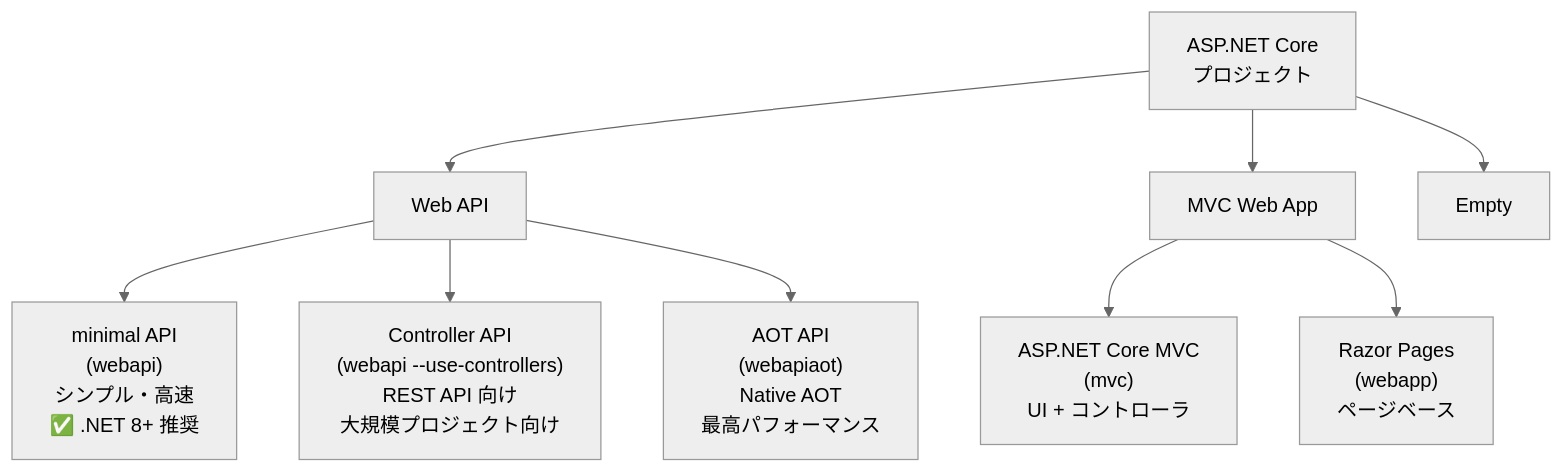
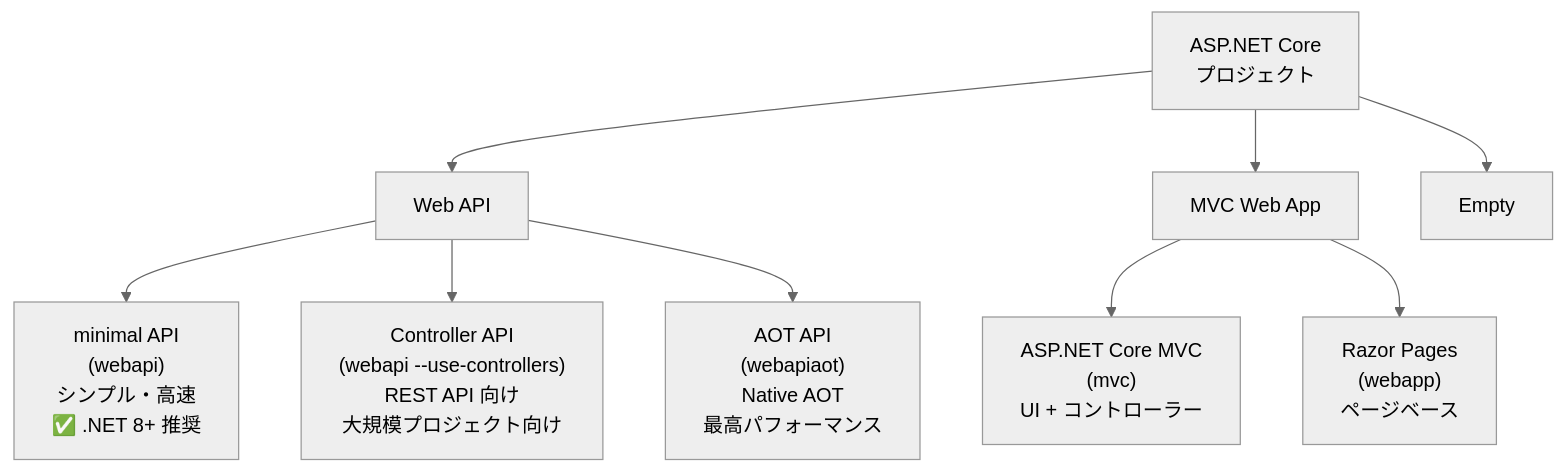
Diagram 12 of 14 in docs/01-setup-dev-env.md (microsoft/aspnetcore-ja-handbook), drawn with Mermaid (neutral theme) before and after one commit. The commit also changed other lines of this file and 5 other files, not shown here.

````diff
--- a/docs/01-setup-dev-env.md
+++ b/docs/01-setup-dev-env.md
@@ -528,13 +528,13 @@
 ```mermaid
 graph TD
     ASP["ASP.NET Core\nプロジェクト"] --> Web_API["Web API"]
     ASP --> MVC["MVC Web App"]
     ASP --> Empty["Empty"]
 
     Web_API --> MinimalAPI["minimal API\n(webapi)\nシンプル・高速\n✅ .NET 8+ 推奨"]
     Web_API --> ControllerAPI["Controller API\n(webapi --use-controllers)\nREST API 向け\n大規模プロジェクト向け"]
     Web_API --> AOT["AOT API\n(webapiaot)\nNative AOT\n最高パフォーマンス"]
 
-    MVC --> MVCApp["ASP.NET Core MVC\n(mvc)\nUI + コントローラ"]
+    MVC --> MVCApp["ASP.NET Core MVC\n(mvc)\nUI + コントローラー"]
     MVC --> RazorPages["Razor Pages\n(webapp)\nページベース"]
 ```
````
